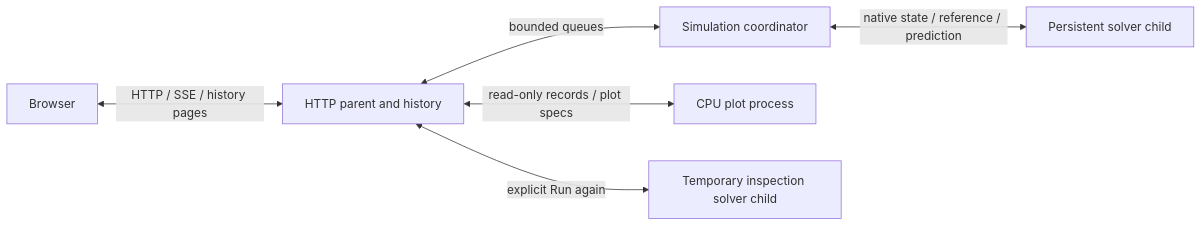
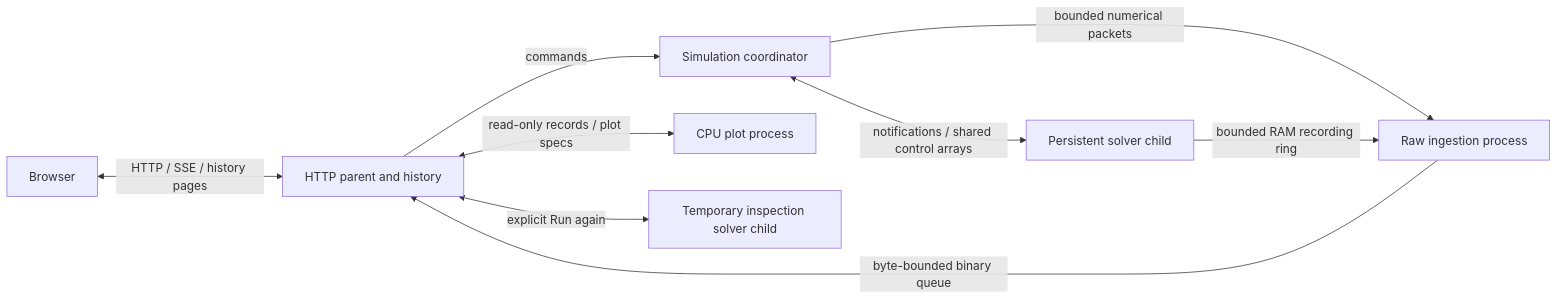
Before and after one commit to felixmueh/gato_visualizer: the diagram in docs/architecture.md, drawn with Mermaid. The commit also changed other lines of this file and 74 other files, not shown here.

First line of the commit message:
Use the shared native loop with buffered recording and compact playback

````diff
--- a/docs/architecture.md
+++ b/docs/architecture.md
@@ -32,8 +33,11 @@
 ```mermaid
 flowchart LR
     B[Browser] <-->|HTTP / SSE / history pages| H[HTTP parent and history]
-    H <-->|bounded queues| S[Simulation coordinator]
-    S <-->|native state / reference / prediction| G[Persistent solver child]
+    H -->|commands| S[Simulation coordinator]
+    S -->|bounded numerical packets| R[Raw ingestion process]
+    R -->|byte-bounded binary queue| H
+    S <-->|notifications / shared control arrays| G[Persistent solver child]
+    G -->|bounded RAM recording ring| R
     H <-->|read-only records / plot specs| P[CPU plot process]
     H <-->|explicit Run again| I[Temporary inspection solver child]
 ```
````
